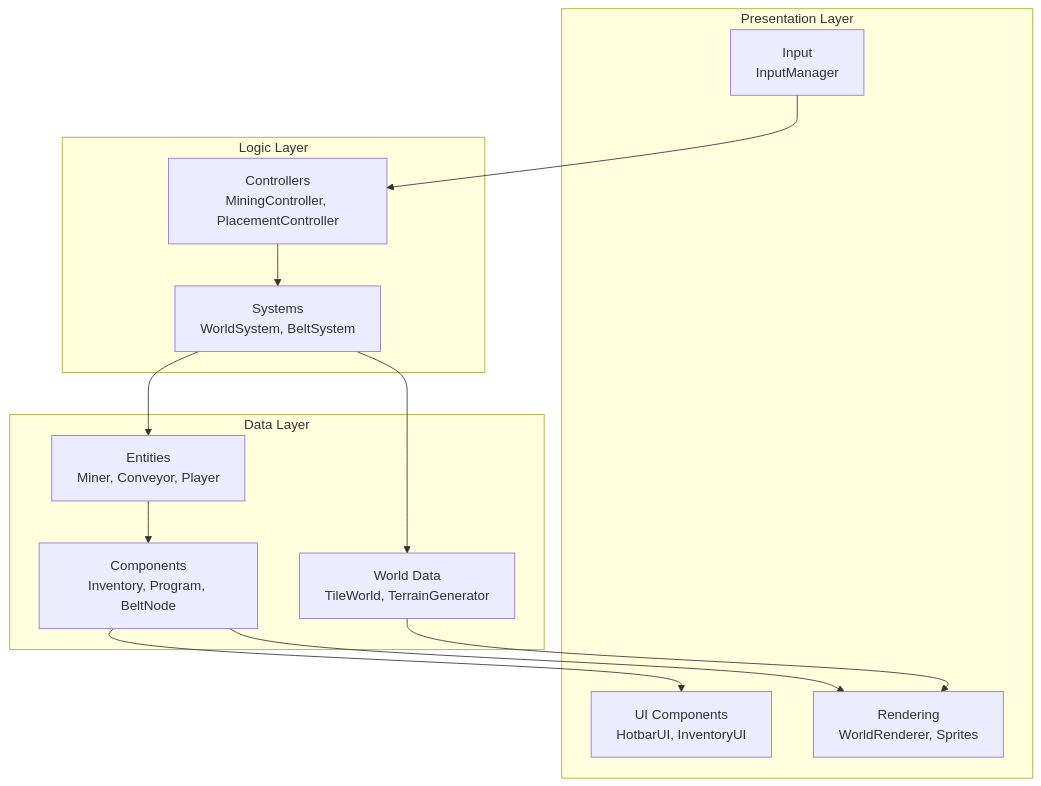
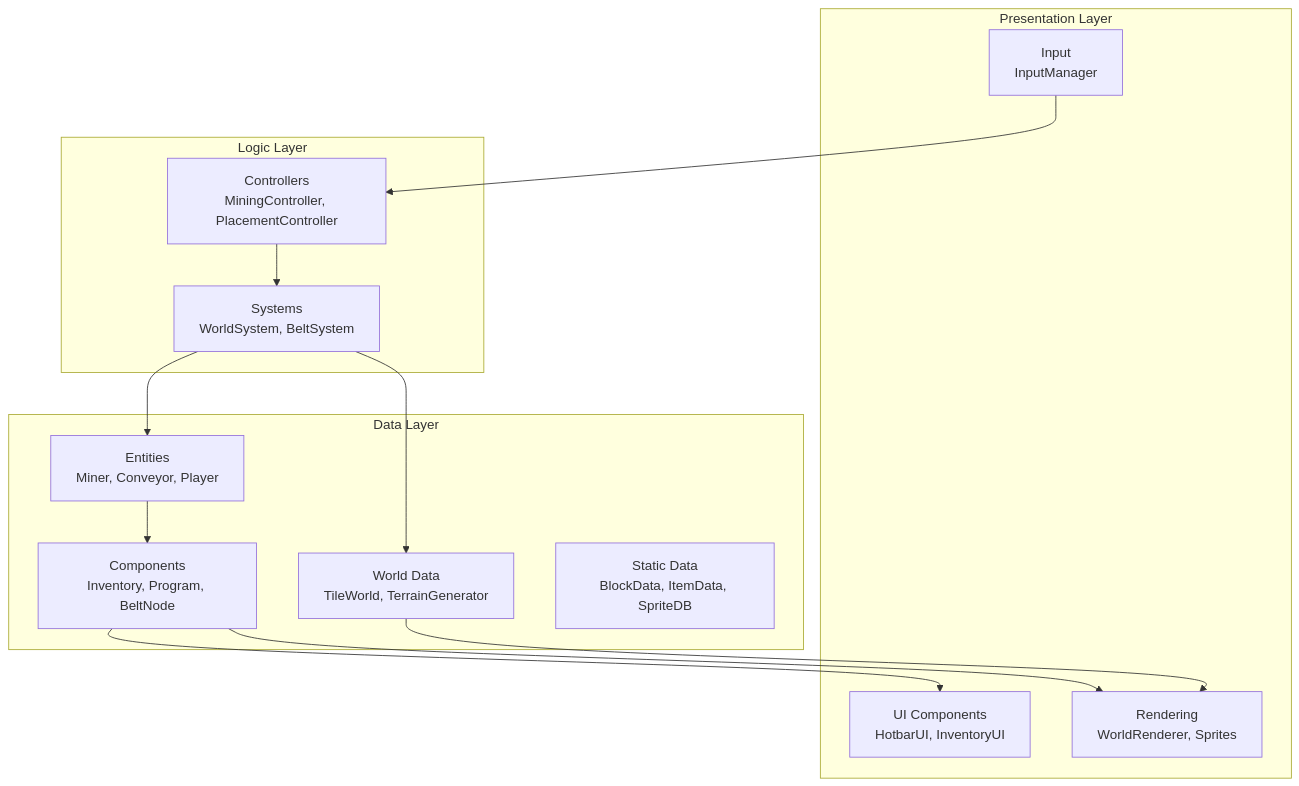
Before and after one commit to Snoot-Booper-Labs/Voxel-factory-2D: the first of 9 diagrams in docs/architecture.md, drawn with Mermaid. The commit also changed other lines of this file and 30 other files, not shown here.

First line of the commit message:
Add initial sprites/graphics pipeline with SpriteDB, placeholder assets, terrain atlas, and architecture docs (#20)

````diff
--- a/docs/architecture.md
+++ b/docs/architecture.md
@@ -16,28 +16,29 @@
 ```mermaid
 graph TB
     subgraph "Presentation Layer"
         UI[UI Components<br/>HotbarUI, InventoryUI]
         Render[Rendering<br/>WorldRenderer, Sprites]
         Input[Input<br/>InputManager]
     end
     
     subgraph "Logic Layer"
         Systems[Systems<br/>WorldSystem, BeltSystem]
         Controllers[Controllers<br/>MiningController, PlacementController]
     end
     
     subgraph "Data Layer"
         Entities[Entities<br/>Miner, Conveyor, Player]
         Components[Components<br/>Inventory, Program, BeltNode]
         World[World Data<br/>TileWorld, TerrainGenerator]
+        StaticData[Static Data<br/>BlockData, ItemData, SpriteDB]
     end
     
     Input --> Controllers
     Controllers --> Systems
     Systems --> Entities
     Entities --> Components
     Components --> Render
     Components --> UI
     World --> Render
     Systems --> World
 ```
````
